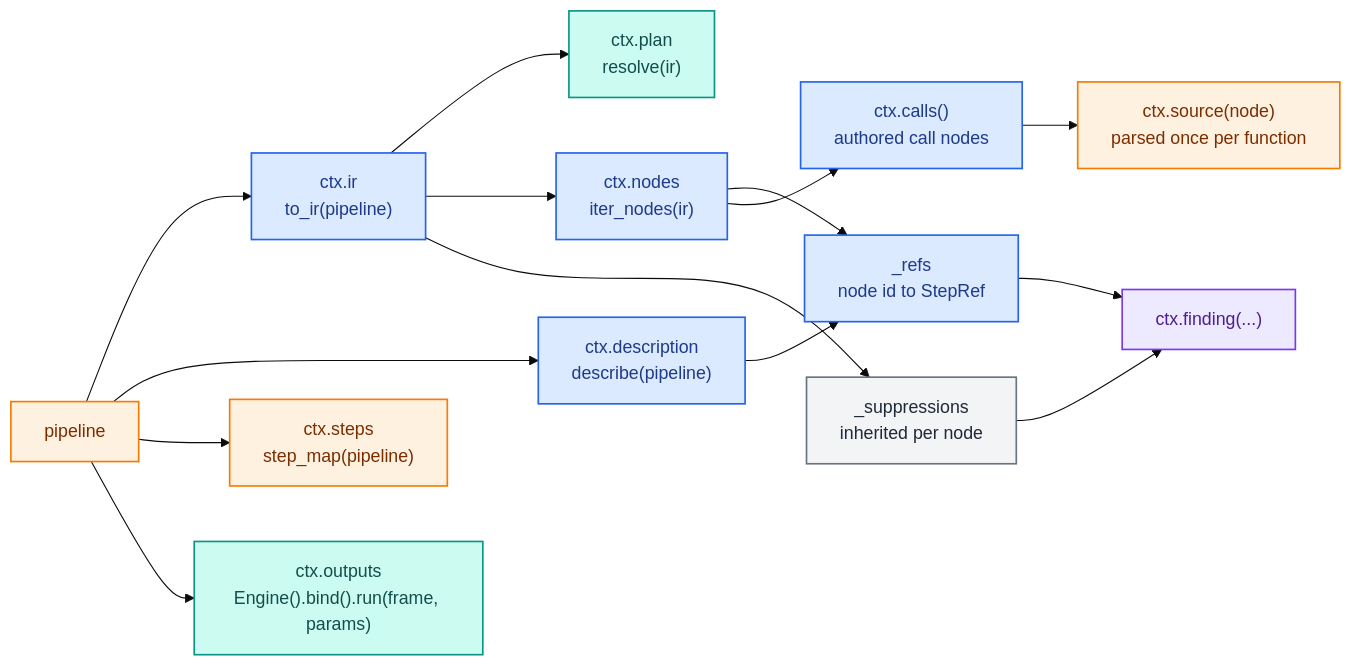
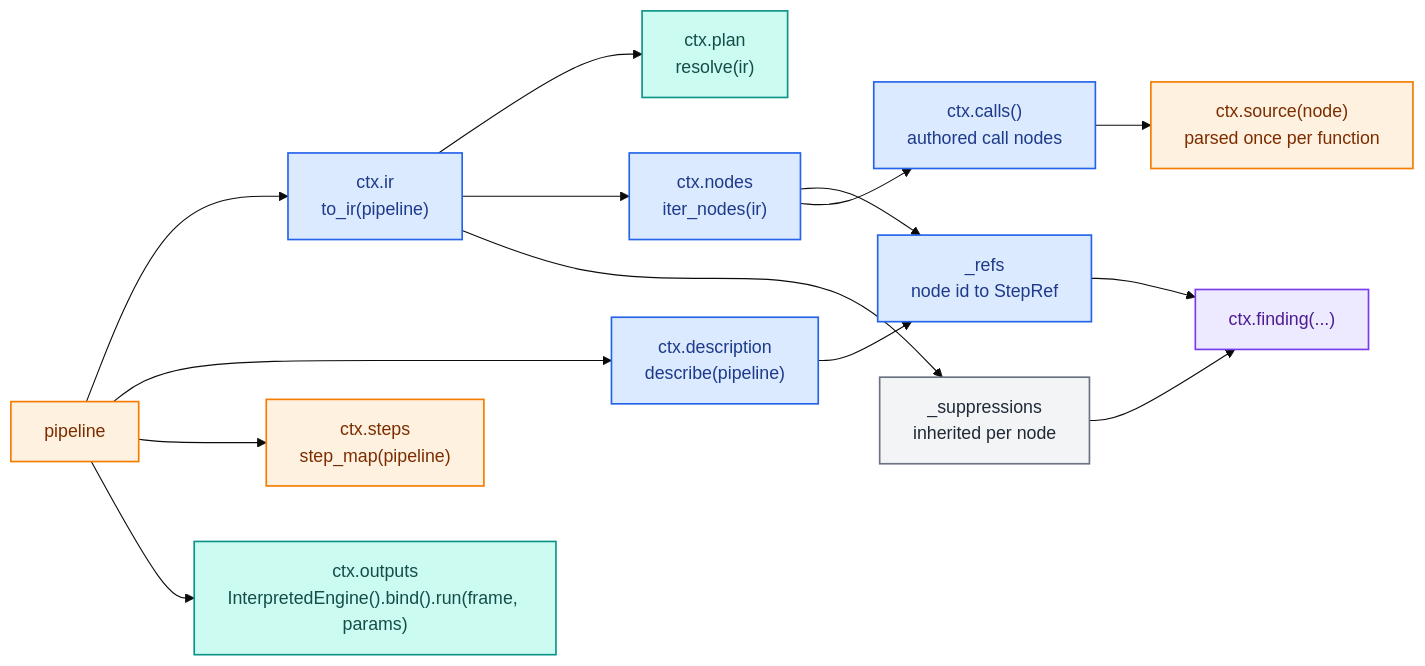
Before and after one commit to capitec/dsp-decision-engine: the first of 4 diagrams in docs/architecture/lab/checks.md, drawn with Mermaid (base theme). The commit also changed 53 other files, not shown here.

````diff
--- a/docs/architecture/lab/checks.md
+++ b/docs/architecture/lab/checks.md
@@ -93,21 +93,21 @@
 ```mermaid
 flowchart LR
   P["pipeline"]:::authoring --> IR["ctx.ir<br/>to_ir(pipeline)"]:::ir
   IR --> PL["ctx.plan<br/>resolve(ir)"]:::engine
   IR --> N["ctx.nodes<br/>iter_nodes(ir)"]:::ir
   P --> D["ctx.description<br/>describe(pipeline)"]:::ir
   P --> ST["ctx.steps<br/>step_map(pipeline)"]:::authoring
   N --> R["_refs<br/>node id to StepRef"]:::ir
   D --> R
   IR --> SU["_suppressions<br/>inherited per node"]:::neutral
-  P --> O["ctx.outputs<br/>Engine().bind().run(frame, params)"]:::engine
+  P --> O["ctx.outputs<br/>InterpretedEngine().bind().run(frame, params)"]:::engine
   N --> CA["ctx.calls()<br/>authored call nodes"]:::ir
   CA --> SRC["ctx.source(node)<br/>parsed once per function"]:::authoring
   R --> F["ctx.finding(...)"]:::tooling
   SU --> F
   classDef authoring fill:#fff1e0,stroke:#f57c00,color:#7c2d00,stroke-width:1.5px;
   classDef ir fill:#dbeafe,stroke:#2563eb,color:#1e3a8a,stroke-width:1.5px;
   classDef engine fill:#ccfbf1,stroke:#0d9488,color:#134e4a,stroke-width:1.5px;
   classDef tooling fill:#ede9fe,stroke:#7c3aed,color:#4c1d95,stroke-width:1.5px;
   classDef neutral fill:#f3f4f6,stroke:#6b7280,color:#1f2937,stroke-width:1.5px;
 ```
````
